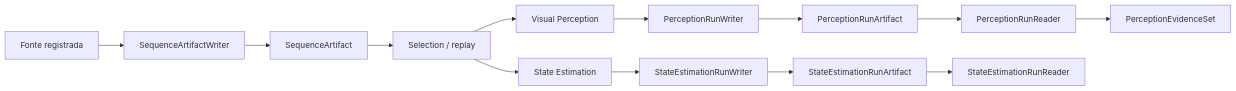
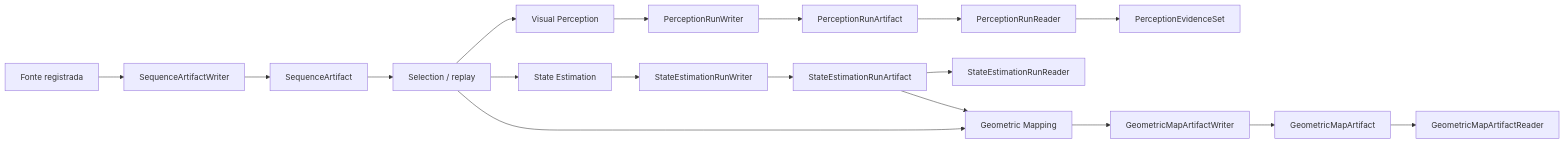
Before and after one commit to Alexandre-Tortoza/contextmap2: the third of 9 diagrams in docs/ARTIFACTS.md, drawn with Mermaid. The commit also changed other lines of this file and 6 other files, not shown here.

First line of the commit message:
docs(geometric-mapping): integrate the milestone into the global documentation

````diff
--- a/docs/ARTIFACTS.md
+++ b/docs/ARTIFACTS.md
@@ -105,15 +105,20 @@
 ```mermaid
 flowchart LR
     RAW["Fonte registrada"] --> SW["SequenceArtifactWriter"]
     SW --> SEQ["SequenceArtifact"]
     SEQ --> SEL["Selection / replay"]
     SEL --> VP["Visual Perception"]
     VP --> PW["PerceptionRunWriter"]
     PW --> PRA["PerceptionRunArtifact"]
     PRA --> PRR["PerceptionRunReader"]
     PRR --> ES["PerceptionEvidenceSet"]
     SEL --> ST["State Estimation"]
     ST --> SW2["StateEstimationRunWriter"]
     SW2 --> TRA["StateEstimationRunArtifact"]
     TRA --> TRR["StateEstimationRunReader"]
+    SEL --> GM["Geometric Mapping"]
+    TRA --> GM
+    GM --> MW["GeometricMapArtifactWriter"]
+    MW --> MAP["GeometricMapArtifact"]
+    MAP --> MR["GeometricMapArtifactReader"]
 ```
````
